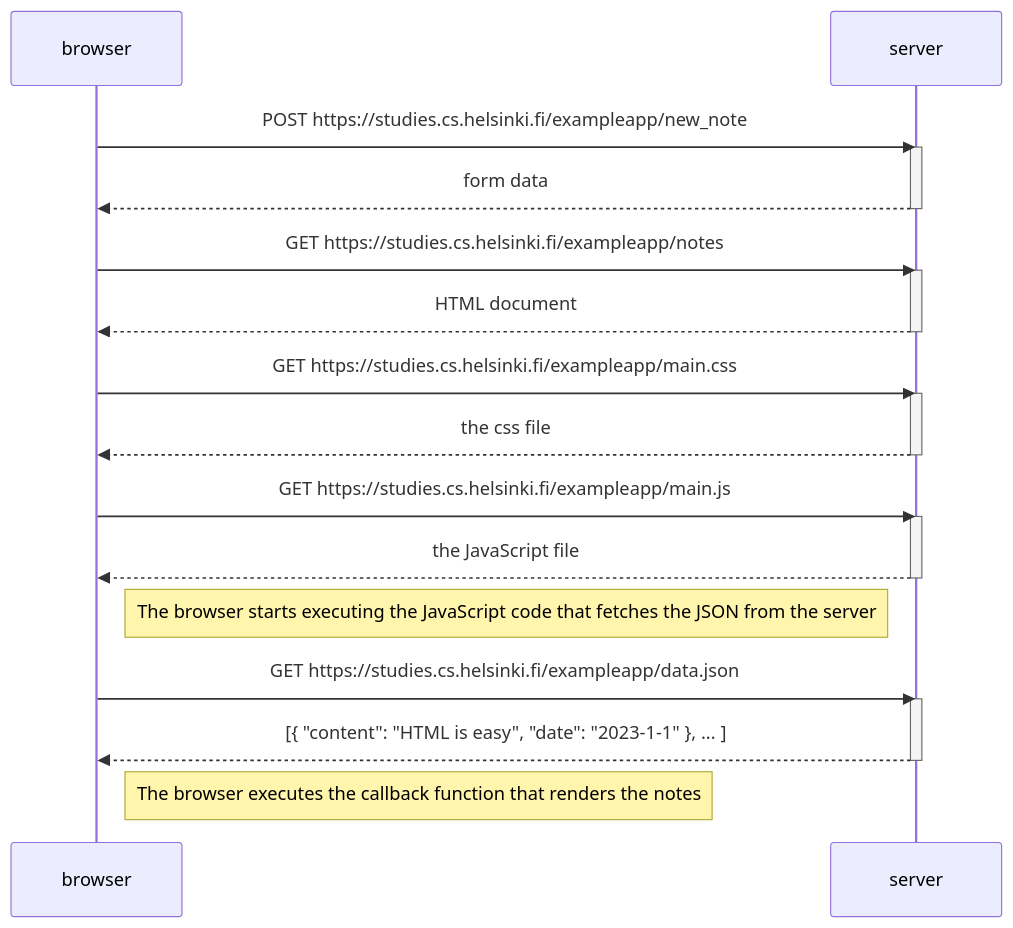
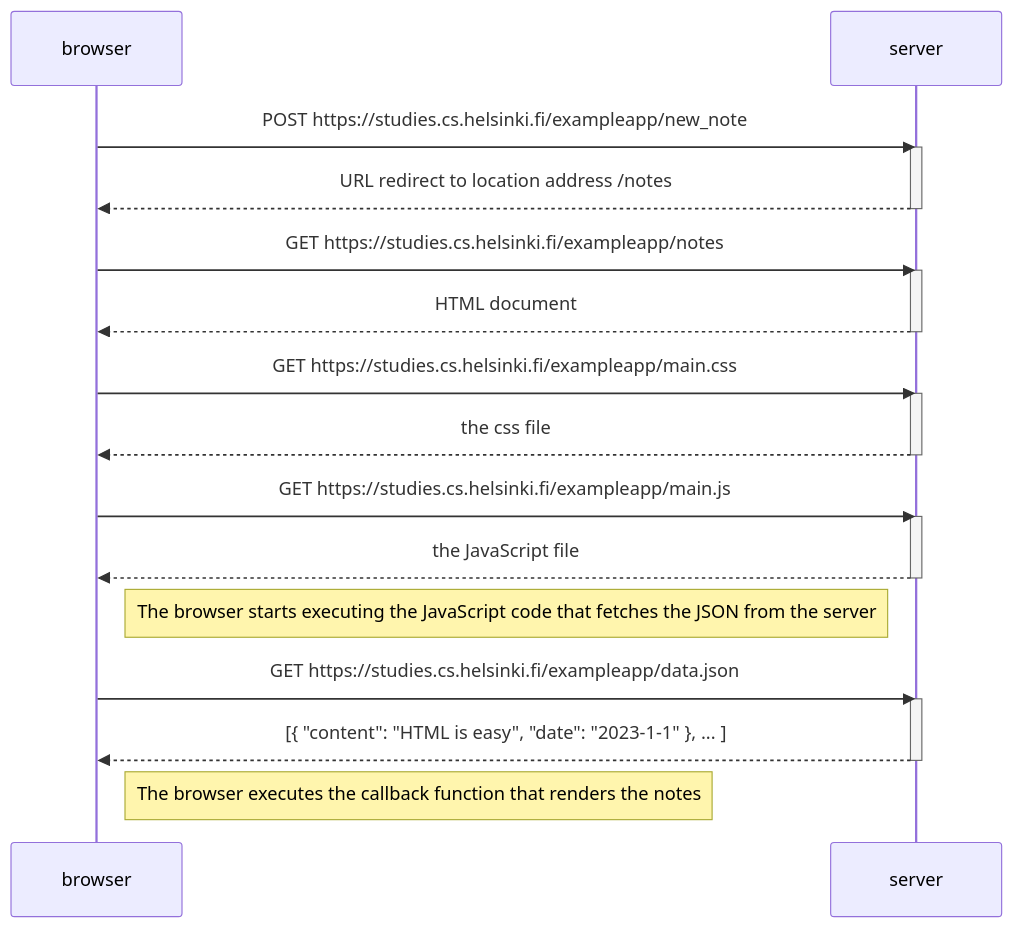
The diagram in part0/exercises.md (soniachanchee/full-stack-open), drawn with Mermaid before and after one commit.

````diff
--- a/part0/exercises.md
+++ b/part0/exercises.md
@@ -5,34 +5,34 @@
 ```mermaid
 sequenceDiagram
     participant browser
     participant server
 
     browser->>server: POST https://studies.cs.helsinki.fi/exampleapp/new_note
     activate server
-    server-->>browser: form data
+    server-->>browser: URL redirect to location address /notes
     deactivate server
 
     browser->>server: GET https://studies.cs.helsinki.fi/exampleapp/notes
     activate server
     server-->>browser: HTML document
     deactivate server
 
     browser->>server: GET https://studies.cs.helsinki.fi/exampleapp/main.css
     activate server
     server-->>browser: the css file
     deactivate server
 
     browser->>server: GET https://studies.cs.helsinki.fi/exampleapp/main.js
     activate server
     server-->>browser: the JavaScript file
     deactivate server
 
     Note right of browser: The browser starts executing the JavaScript code that fetches the JSON from the server
 
     browser->>server: GET https://studies.cs.helsinki.fi/exampleapp/data.json
     activate server
     server-->>browser: [{ "content": "HTML is easy", "date": "2023-1-1" }, ... ]
     deactivate server
 
     Note right of browser: The browser executes the callback function that renders the notes
 ```
````
